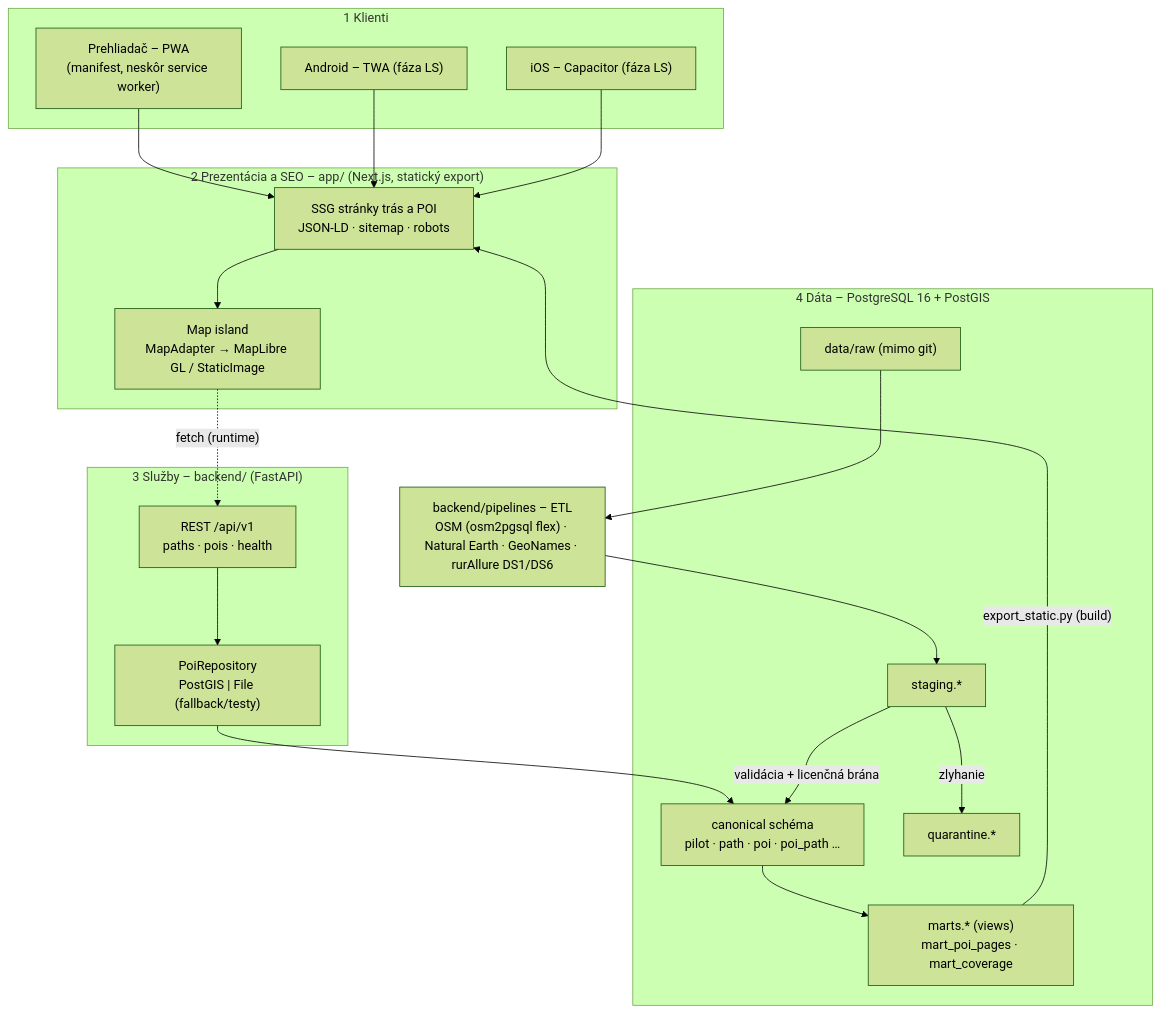
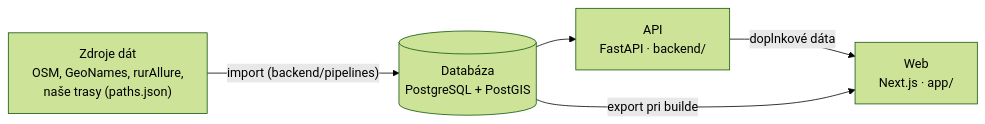
The diagram in docs/architecture/ARCHITECTURE.md (team-17-fiit/sats-seo-gis), drawn with Mermaid (forest theme) before and after one commit. The commit also changed other lines of this file and 1 other file, not shown here.

First line of the commit message:
docs(architecture): simplify ARCHITECTURE.md to the essentials

````diff
--- a/docs/architecture/ARCHITECTURE.md
+++ b/docs/architecture/ARCHITECTURE.md
@@ -22,40 +5,12 @@
 ```mermaid
-flowchart TB
-  subgraph L1["1 Klienti"]
-    PWA["Prehliadač – PWA<br/>(manifest, neskôr service worker)"]
-    TWA["Android – TWA (fáza LS)"]
-    CAP["iOS – Capacitor (fáza LS)"]
-  end
+flowchart LR
+  ZDROJE["Zdroje dát<br/>OSM, GeoNames, rurAllure,<br/>naše trasy (paths.json)"]
+  DB[("Databáza<br/>PostgreSQL + PostGIS")]
+  API["API<br/>FastAPI · backend/"]
+  WEB["Web<br/>Next.js · app/"]
 
-  subgraph L2["2 Prezentácia a SEO – app/ (Next.js, statický export)"]
-    SSG["SSG stránky trás a POI<br/>JSON-LD · sitemap · robots"]
-    MAP["Map island<br/>MapAdapter → MapLibre GL / StaticImage"]
-  end
-
-  subgraph L3["3 Služby – backend/ (FastAPI)"]
-    API["REST /api/v1<br/>paths · pois · health"]
-    REPO["PoiRepository<br/>PostGIS | File (fallback/testy)"]
-  end
-
-  subgraph L4["4 Dáta – PostgreSQL 16 + PostGIS"]
-    RAW["data/raw (mimo git)"]
-    STG["staging.*"]
-    CAN["canonical schéma<br/>pilot · path · poi · poi_path …"]
-    MART["marts.* (views)<br/>mart_poi_pages · mart_coverage"]
-    Q["quarantine.*"]
-  end
-
-  ETL["backend/pipelines – ETL<br/>OSM (osm2pgsql flex) · Natural Earth · GeoNames · rurAllure DS1/DS6"]
-
-  PWA --> SSG
-  TWA --> SSG
-  CAP --> SSG
-  SSG --> MAP
-  MAP -. "fetch (runtime)" .-> API
-  API --> REPO --> CAN
-  RAW --> ETL --> STG
-  STG -- "validácia + licenčná brána" --> CAN
-  STG -- "zlyhanie" --> Q
-  CAN --> MART
-  MART -- "export_static.py (build)" --> SSG
+  ZDROJE -- "import (backend/pipelines)" --> DB
+  DB --> API
+  API -- "doplnkové dáta" --> WEB
+  DB -- "export pri builde" --> WEB
 ```
````
